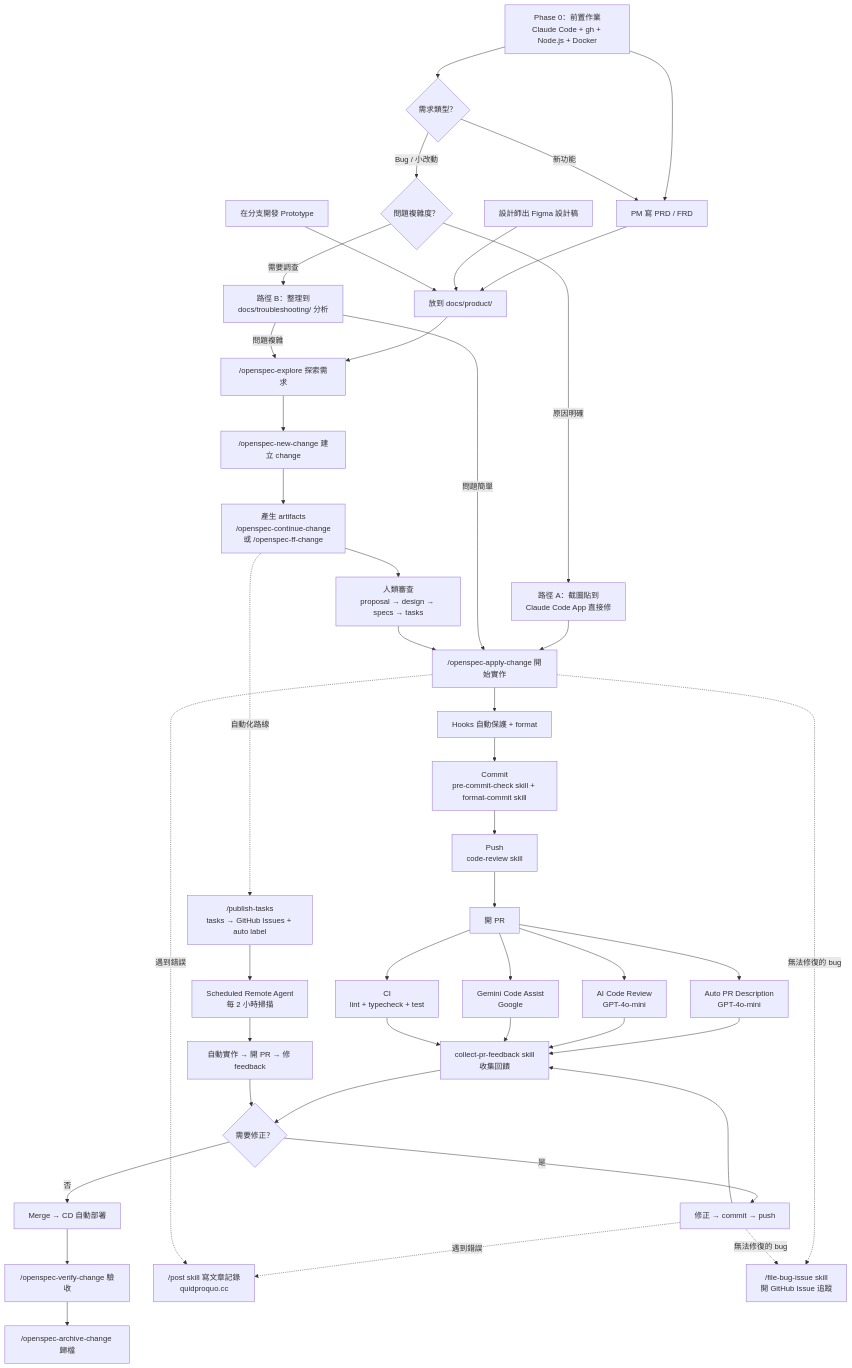
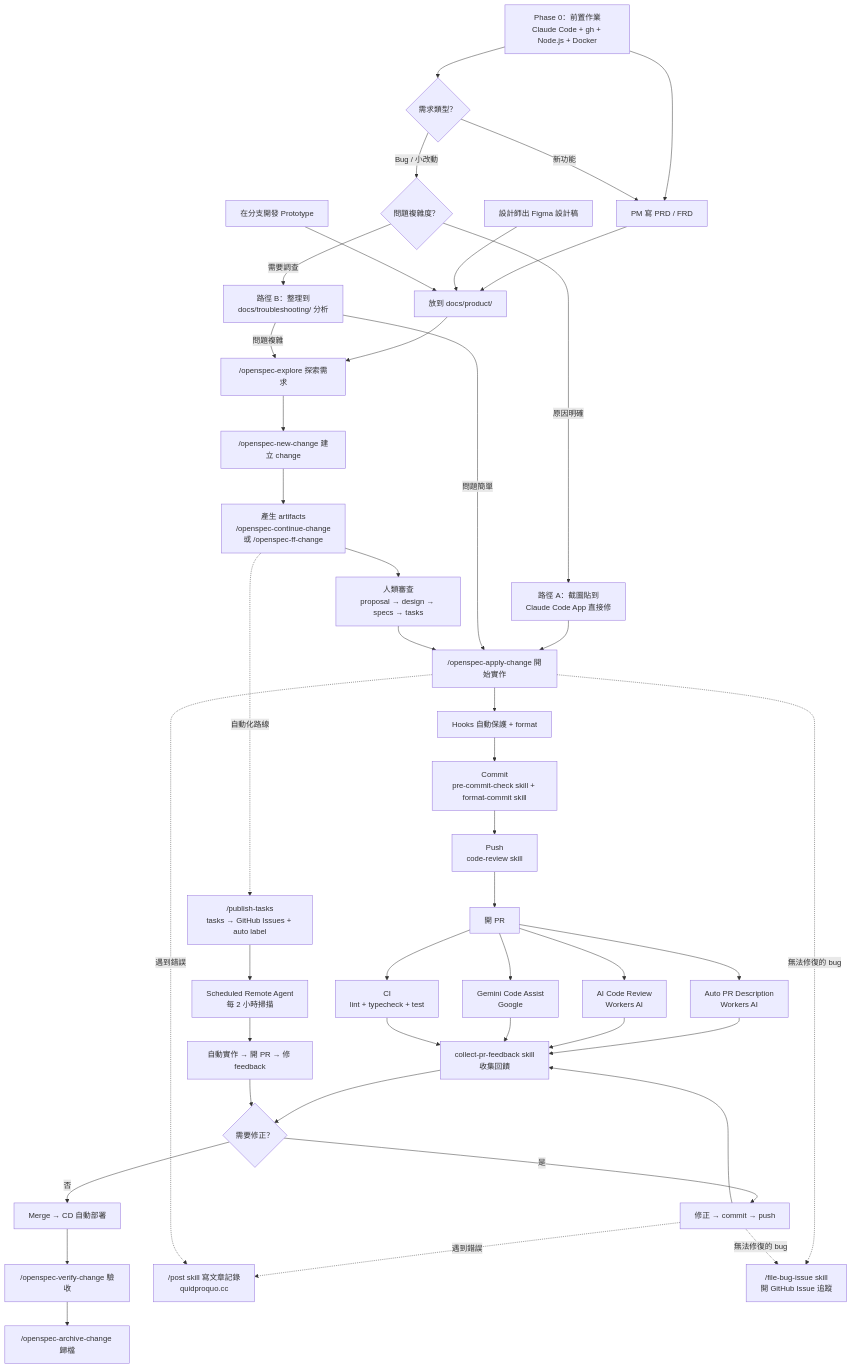
One commit to daodaoedu/daodao changed the first of 2 diagrams in docs/workflow.md. Above: the diagram before and after it, drawn with Mermaid. The commit also changed other lines of this file and 6 other files, not shown here.

````diff
--- a/docs/workflow.md
+++ b/docs/workflow.md
@@ -19,48 +19,48 @@
 ```mermaid
 flowchart TD
     A0["Phase 0：前置作業<br/>Claude Code + gh + Node.js + Docker"] --> A1
     A0 --> BUG{"需求類型？"}
 
     BUG -- "新功能" --> A1
     A1[PM 寫 PRD / FRD] --> A4[放到 docs/product/]
     A2[設計師出 Figma 設計稿] --> A4
     A3[在分支開發 Prototype] --> A4
     A4 --> B["/openspec-explore 探索需求"]
 
     BUG -- "Bug / 小改動" --> BUGPATH{"問題複雜度？"}
     BUGPATH -- "原因明確" --> BUGA["路徑 A：截圖貼到<br/>Claude Code App 直接修"]
     BUGA --> F
     BUGPATH -- "需要調查" --> BUGB["路徑 B：整理到<br/>docs/troubleshooting/ 分析"]
     BUGB -- "問題簡單" --> F
     BUGB -- "問題複雜" --> B
     B --> C["/openspec-new-change 建立 change"]
     C --> D["產生 artifacts<br/>/openspec-continue-change<br/>或 /openspec-ff-change"]
     D --> E["人類審查<br/>proposal → design → specs → tasks"]
     E --> F["/openspec-apply-change 開始實作"]
     F --> G["Hooks 自動保護 + format"]
     G --> H["Commit<br/>pre-commit-check skill + format-commit skill"]
     H --> I["Push<br/>code-review skill"]
     I --> J[開 PR]
 
-    J --> K["Auto PR Description<br/>GPT-4o-mini"]
-    J --> L["AI Code Review<br/>GPT-4o-mini"]
+    J --> K["Auto PR Description<br/>Workers AI"]
+    J --> L["AI Code Review<br/>Workers AI"]
     J --> M["Gemini Code Assist<br/>Google"]
     J --> N["CI<br/>lint + typecheck + test"]
 
     K & L & M & N --> O["collect-pr-feedback skill<br/>收集回饋"]
     O --> P{需要修正？}
     P -- 是 --> Q[修正 → commit → push] --> O
     P -- 否 --> R[Merge → CD 自動部署]
     R --> S["/openspec-verify-change 驗收"]
     S --> T["/openspec-archive-change 歸檔"]
 
     Q -. 遇到錯誤 .-> U["/post skill 寫文章記錄<br/>quidproquo.cc"]
     F -. 遇到錯誤 .-> U
     F -. 無法修復的 bug .-> Y["/file-bug-issue skill<br/>開 GitHub Issue 追蹤"]
     Q -. 無法修復的 bug .-> Y
 
     D -. 自動化路線 .-> V["/publish-tasks<br/>tasks → GitHub Issues + auto label"]
     V --> W["Scheduled Remote Agent<br/>每 2 小時掃描"]
     W --> X["自動實作 → 開 PR → 修 feedback"]
     X --> P
 ```
````
